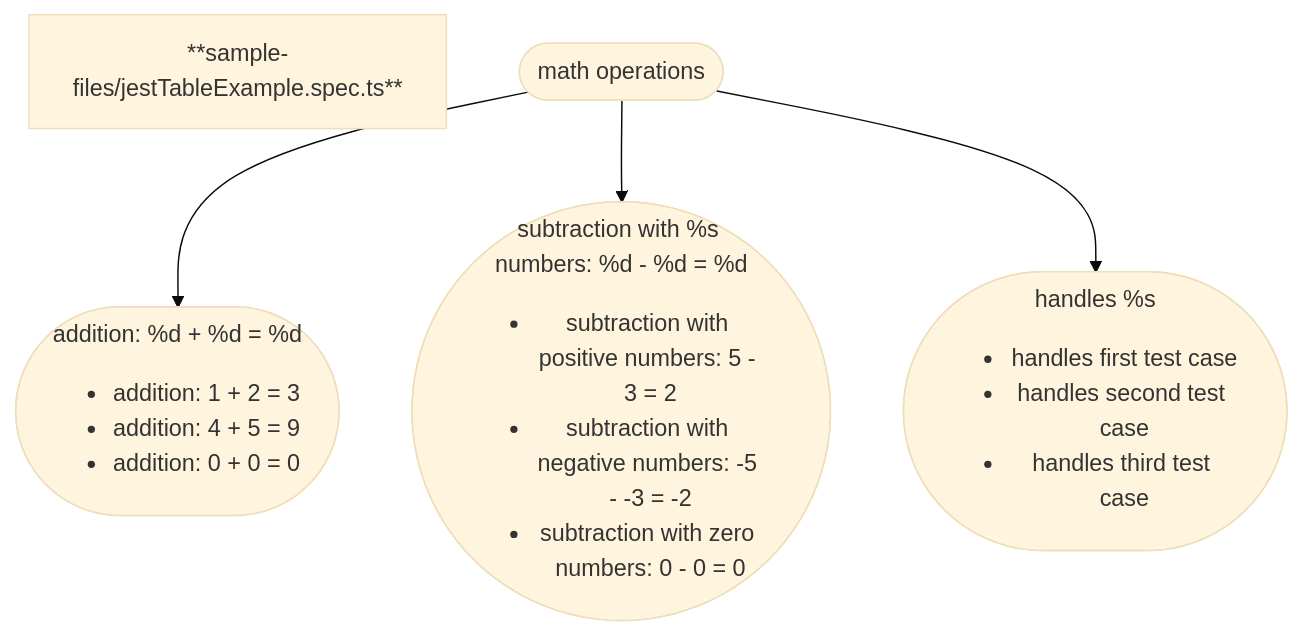
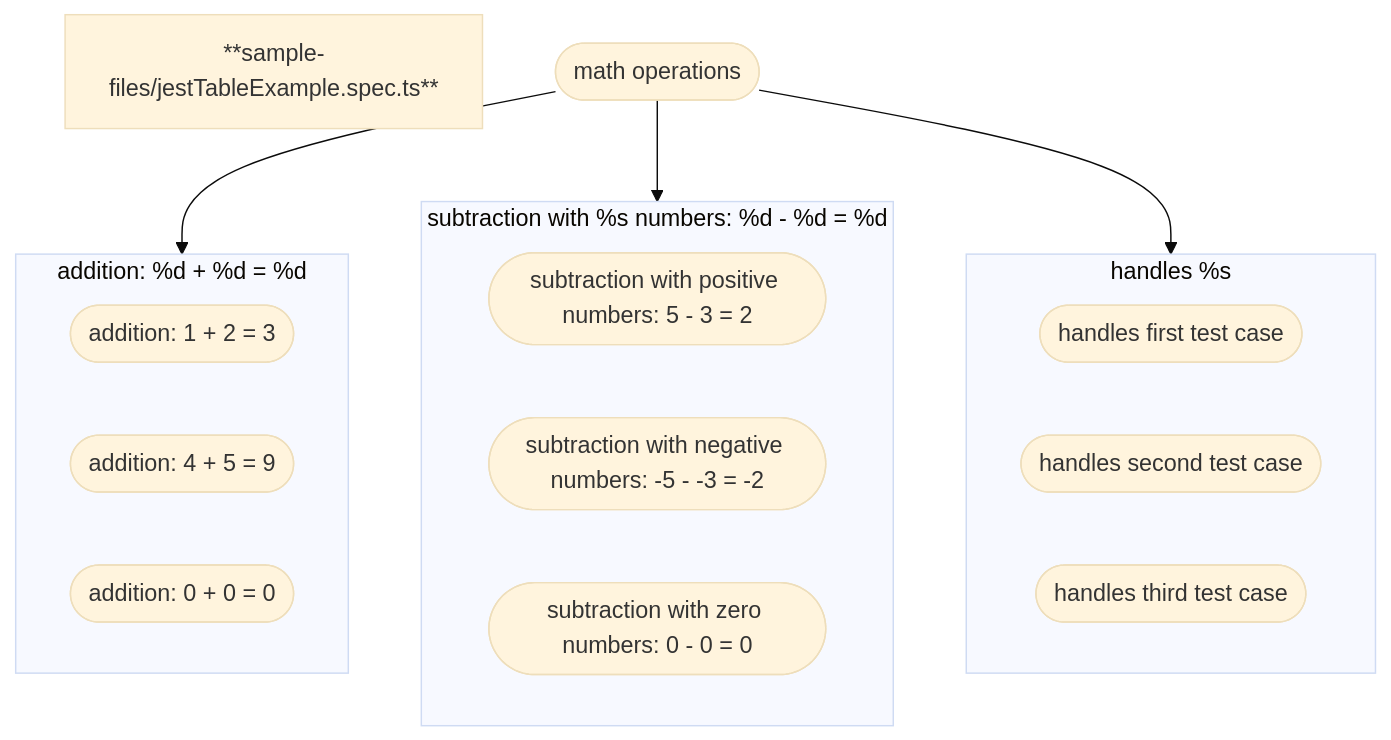
The diagram in sample-files/jestTableExample.spec.ts.mmd (arnaudrenaud/speccharts), drawn with Mermaid (base theme) before and after one commit. The commit also changed 2 other files, not shown here.

```diff
--- a/sample-files/jestTableExample.spec.ts.mmd
+++ b/sample-files/jestTableExample.spec.ts.mmd
@@ -1,11 +1,23 @@
 flowchart TD
 title["**sample-files/jestTableExample.spec.ts**"]
 N0(["math operations"])
-N1(["addition: %d + %d = %d<ul><li>addition: 1 + 2 = 3</li><li>addition: 4 + 5 = 9</li><li>addition: 0 + 0 = 0</li></ul>"])
-N0 --> N1
-N2(["subtraction with %s numbers: %d - %d = %d<ul><li>subtraction with positive numbers: 5 - 3 = 2</li><li>subtraction with negative numbers: -5 - -3 = -2</li><li>subtraction with zero numbers: 0 - 0 = 0</li></ul>"])
-N0 --> N2
-N3(["handles %s<ul><li>handles first test case</li><li>handles second test case</li><li>handles third test case</li></ul>"])
-N0 --> N3
+subgraph subgraph_N2["addition: %d + %d = %d"]
+  N3(["addition: 1 + 2 = 3"])
+  N4(["addition: 4 + 5 = 9"])
+  N5(["addition: 0 + 0 = 0"])
+end
+N0 --> subgraph_N2
+subgraph subgraph_N7["subtraction with %s numbers: %d - %d = %d"]
+  N8(["subtraction with positive numbers: 5 - 3 = 2"])
+  N9(["subtraction with negative numbers: -5 - -3 = -2"])
+  N10(["subtraction with zero numbers: 0 - 0 = 0"])
+end
+N0 --> subgraph_N7
+subgraph subgraph_N12["handles %s"]
+  N13(["handles first test case"])
+  N14(["handles second test case"])
+  N15(["handles third test case"])
+end
+N0 --> subgraph_N12
 
 %% ✴ Generated by speccharts v0.3.1 ✴ https://github.com/arnaudrenaud/speccharts
```
